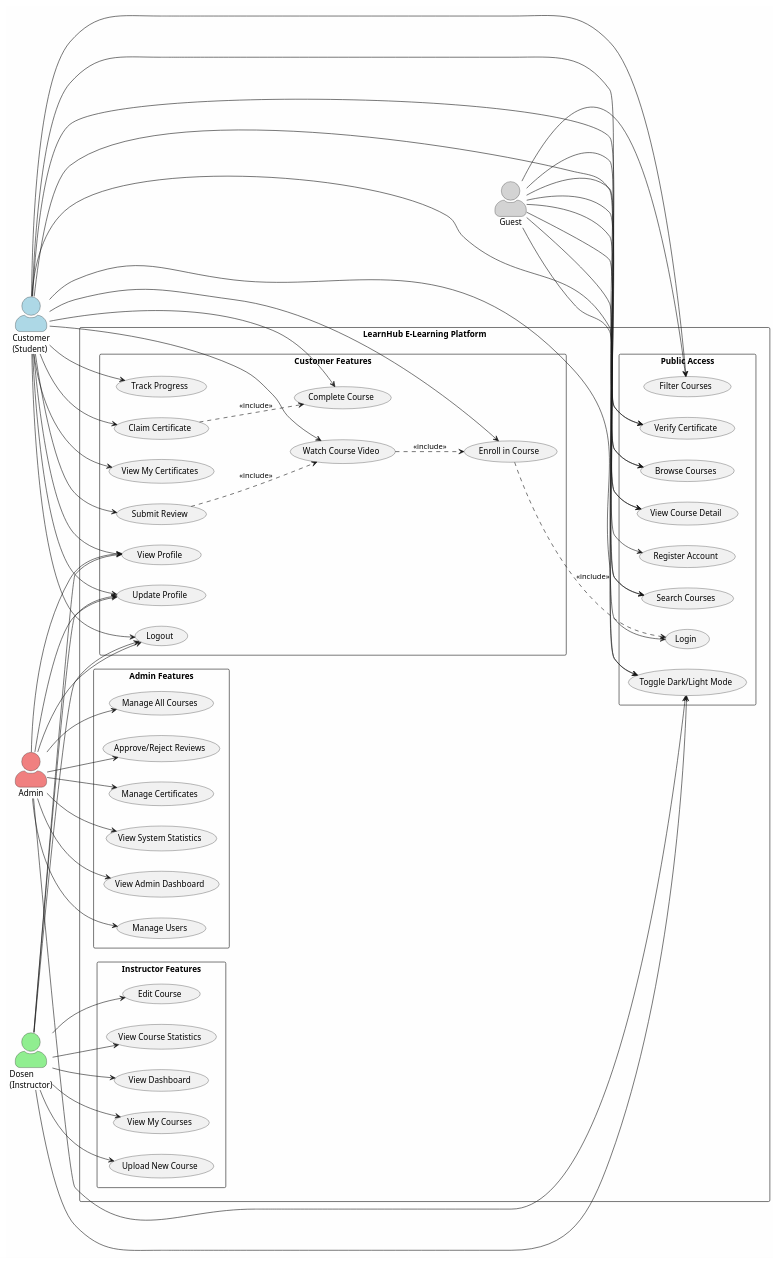
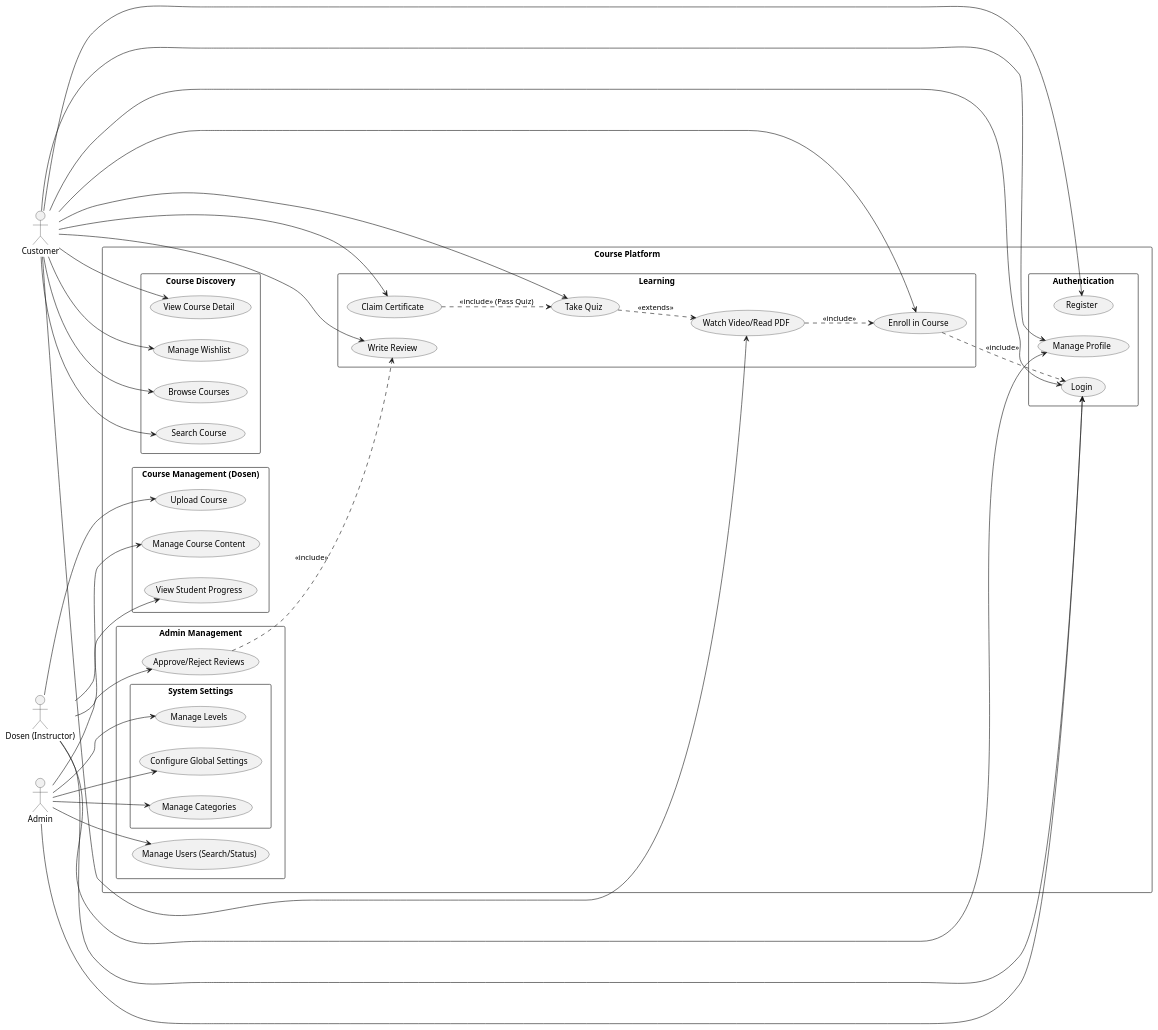
Before and after one commit to RA-122140131-MuhammadSalmanAzizi/iteracurs: the diagram in docs/diagrams/use_case_diagram.puml, drawn with PlantUML. The commit also changed 11 other files, not shown here.

Commit message:
Refactor diagrams: Restructure activity diagrams and update documentation

```diff
--- a/docs/diagrams/use_case_diagram.puml
+++ b/docs/diagrams/use_case_diagram.puml
@@ -1,120 +1,85 @@
-@startuml Use Case Diagram - LearnHub E-Learning Platform
+@startuml Use Case Diagram
 
 left to right direction
 skinparam packageStyle rectangle
-skinparam actorStyle awesome
-skinparam backgroundColor #FEFEFE
 
-' Actors
-actor "Guest" as Guest #LightGray
-actor "Customer\n(Student)" as Customer #LightBlue
-actor "Dosen\n(Instructor)" as Dosen #LightGreen
-actor "Admin" as Admin #LightCoral
+actor "Customer" as customer
+actor "Dosen (Instructor)" as dosen
+actor "Admin" as admin
 
-' System Boundary
-rectangle "LearnHub E-Learning Platform" {
+package "Course Platform" {
     
-    ' === Guest Use Cases ===
-    package "Public Access" {
-        usecase "Browse Courses" as UC1
-        usecase "View Course Detail" as UC2
-        usecase "Search Courses" as UC3
-        usecase "Filter Courses" as UC4
-        usecase "Verify Certificate" as UC5
-        usecase "Register Account" as UC6
-        usecase "Login" as UC7
-        usecase "Toggle Dark/Light Mode" as UC8
+    rectangle "Authentication" {
+        usecase "Login" as UC_Login
+        usecase "Register" as UC_Register
+        usecase "Manage Profile" as UC_Profile
     }
-    
-    ' === Customer Use Cases ===
-    package "Customer Features" {
-        usecase "Enroll in Course" as UC10
-        usecase "Watch Course Video" as UC11
-        usecase "Track Progress" as UC12
-        usecase "Complete Course" as UC13
-        usecase "Claim Certificate" as UC14
-        usecase "View My Certificates" as UC15
-        usecase "Submit Review" as UC16
-        usecase "View Profile" as UC17
-        usecase "Update Profile" as UC18
-        usecase "Logout" as UC19
+
+    rectangle "Course Discovery" {
+        usecase "Browse Courses" as UC_Browse
+        usecase "Search Course" as UC_Search
+        usecase "View Course Detail" as UC_Detail
+        usecase "Manage Wishlist" as UC_Wishlist
     }
-    
-    ' === Dosen Use Cases ===
-    package "Instructor Features" {
-        usecase "View Dashboard" as UC20
-        usecase "View My Courses" as UC21
-        usecase "Upload New Course" as UC22
-        usecase "Edit Course" as UC23
-        usecase "View Course Statistics" as UC24
+
+    rectangle "Learning" {
+        usecase "Enroll in Course" as UC_Enroll
+        usecase "Watch Video/Read PDF" as UC_Watch
+        usecase "Take Quiz" as UC_Quiz
+        usecase "Claim Certificate" as UC_Certificate
+        usecase "Write Review" as UC_Review
     }
-    
-    ' === Admin Use Cases ===
-    package "Admin Features" {
-        usecase "View Admin Dashboard" as UC30
-        usecase "Manage Users" as UC31
-        usecase "Manage All Courses" as UC32
-        usecase "Approve/Reject Reviews" as UC33
-        usecase "Manage Certificates" as UC34
-        usecase "View System Statistics" as UC35
+
+    rectangle "Course Management (Dosen)" {
+        usecase "Upload Course" as UC_Upload
+        usecase "Manage Course Content" as UC_ManageContent
+        usecase "View Student Progress" as UC_ViewStudents
+    }
+
+    rectangle "Admin Management" {
+        usecase "Manage Users (Search/Status)" as UC_ManageUsers
+        usecase "Approve/Reject Reviews" as UC_ApproveReviews
+        
+        package "System Settings" {
+            usecase "Manage Categories" as UC_ManageCategories
+            usecase "Manage Levels" as UC_ManageLevels
+            usecase "Configure Global Settings" as UC_GlobalSettings
+        }
     }
 }
 
-' Guest Connections
-Guest --> UC1
-Guest --> UC2
-Guest --> UC3
-Guest --> UC4
-Guest --> UC5
-Guest --> UC6
-Guest --> UC7
-Guest --> UC8
+' Relationships
+customer --> UC_Login
+customer --> UC_Register
+customer --> UC_Browse
+customer --> UC_Search
+customer --> UC_Detail
+customer --> UC_Enroll
+customer --> UC_Watch
+customer --> UC_Quiz
+customer --> UC_Certificate
+customer --> UC_Review
+customer --> UC_Profile
+customer --> UC_Wishlist
 
-' Customer Connections (inherits Guest)
-Customer --> UC1
-Customer --> UC2
-Customer --> UC3
-Customer --> UC4
-Customer --> UC5
-Customer --> UC8
-Customer --> UC10
-Customer --> UC11
-Customer --> UC12
-Customer --> UC13
-Customer --> UC14
-Customer --> UC15
-Customer --> UC16
-Customer --> UC17
-Customer --> UC18
-Customer --> UC19
+dosen --> UC_Login
+dosen --> UC_Upload
+dosen --> UC_ManageContent
+dosen --> UC_ViewStudents
+dosen --> UC_Profile
 
-' Dosen Connections
-Dosen --> UC8
-Dosen --> UC17
-Dosen --> UC18
-Dosen --> UC19
-Dosen --> UC20
-Dosen --> UC21
-Dosen --> UC22
-Dosen --> UC23
-Dosen --> UC24
+admin --> UC_Login
+admin --> UC_ManageUsers
+admin --> UC_ApproveReviews
+admin --> UC_ManageCategories
+admin --> UC_ManageLevels
+admin --> UC_GlobalSettings
 
-' Admin Connections
-Admin --> UC8
-Admin --> UC17
-Admin --> UC18
-Admin --> UC19
-Admin --> UC30
-Admin --> UC31
-Admin --> UC32
-Admin --> UC33
-Admin --> UC34
-Admin --> UC35
-
-' Include/Extend Relationships
-UC10 ..> UC7 : <<include>>
-UC11 ..> UC10 : <<include>>
-UC14 ..> UC13 : <<include>>
-UC16 ..> UC11 : <<include>>
+' Dependencies
+UC_Enroll ..> UC_Login : <<include>>
+UC_Watch ..> UC_Enroll : <<include>>
+UC_Quiz ..> UC_Watch : <<extends>>
+UC_Certificate ..> UC_Quiz : <<include>> (Pass Quiz)
+UC_ApproveReviews ..> UC_Review : <<include>>
 
 @enduml
```
